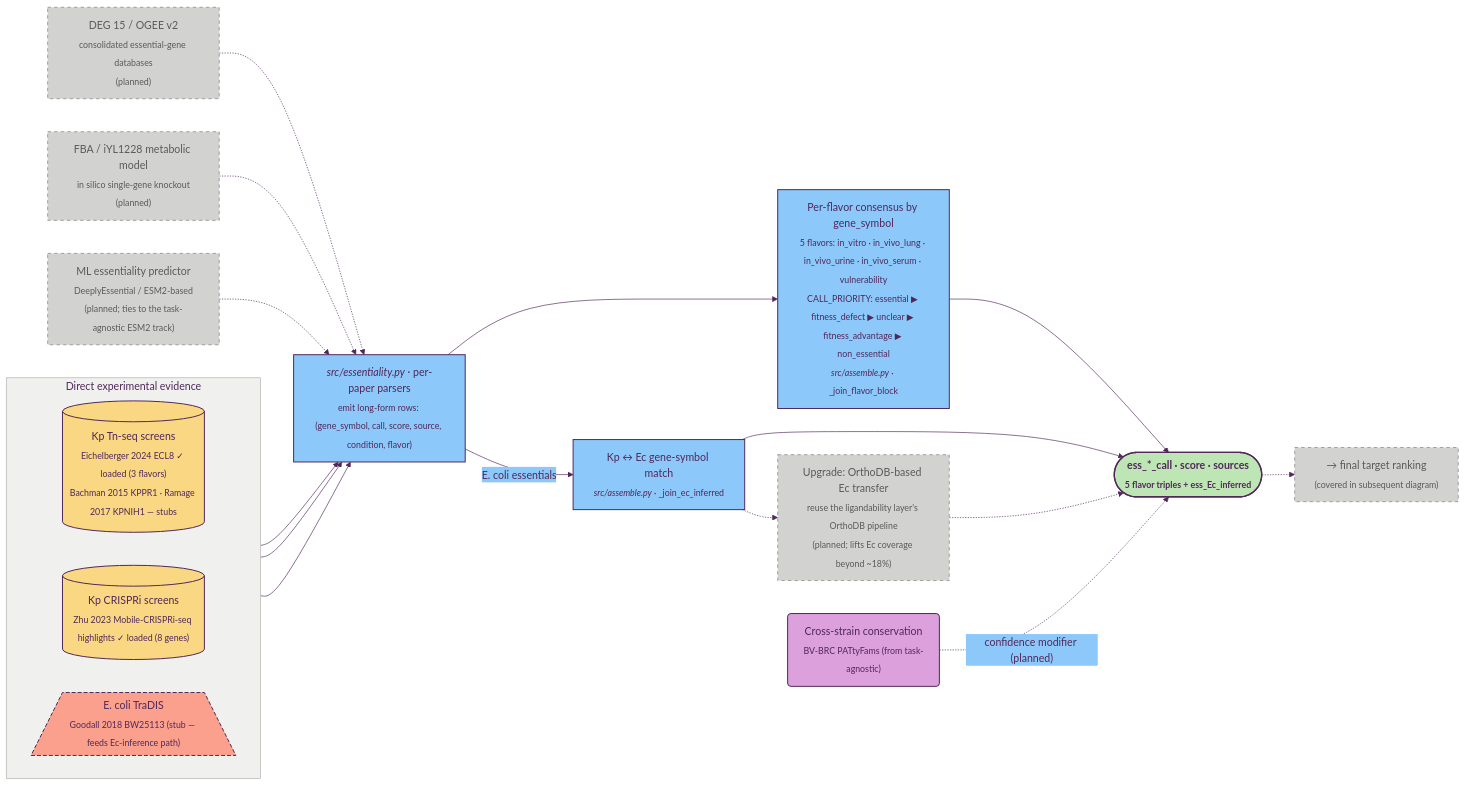
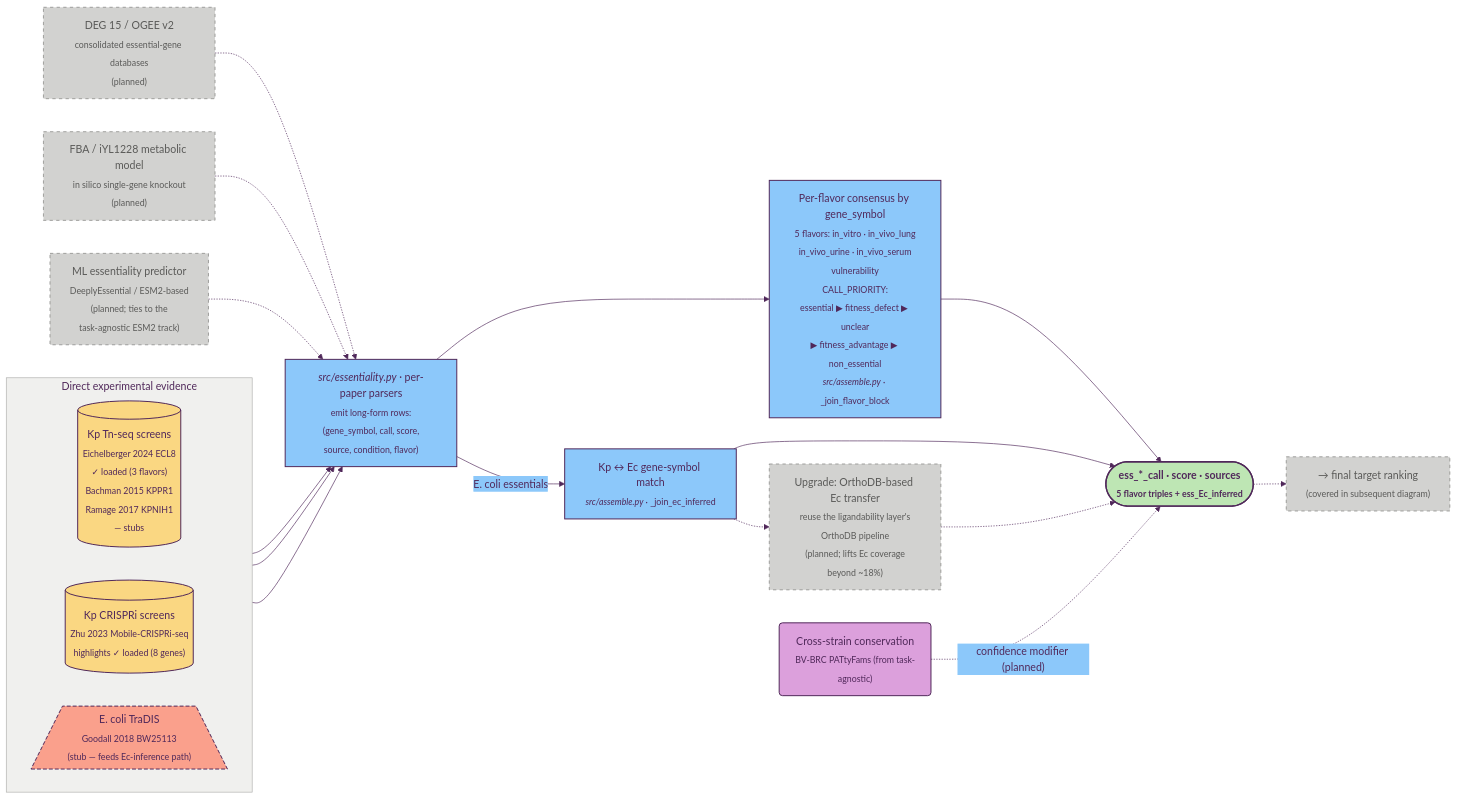
The diagram in docs/04_essentiality.md (ersilia-os/gradi-target-prioritization), drawn with Mermaid before and after one commit. The commit also changed 3 other files, not shown here.

Commit message:
diagramming

````diff
--- a/docs/04_essentiality.md
+++ b/docs/04_essentiality.md
@@ -15,44 +15,44 @@
 ```mermaid
 %%{init: {'theme':'base','themeVariables':{'primaryColor':'#FAD782','primaryBorderColor':'#50285A','primaryTextColor':'#50285A','lineColor':'#50285A','secondaryColor':'#8CC8FA','tertiaryColor':'#BEE6B4','clusterBkg':'#F0F0EE','clusterBorder':'#B0B0AE','titleColor':'#50285A','fontFamily':'Inter, system-ui, sans-serif'}}}%%
 flowchart LR
     classDef source    fill:#AA96FA,stroke:#50285A,stroke-width:1.5px,color:#1F0F2E
     classDef dataset   fill:#FAD782,stroke:#50285A,stroke-width:1.5px,color:#50285A
     classDef method    fill:#8CC8FA,stroke:#50285A,stroke-width:1.5px,color:#50285A
     classDef embedding fill:#AA96FA,stroke:#50285A,stroke-width:1.5px,color:#1F0F2E
     classDef result    fill:#BEE6B4,stroke:#50285A,stroke-width:2px,color:#50285A,font-weight:bold
     classDef tagnostic fill:#DCA0DC,stroke:#50285A,stroke-width:1.5px,color:#50285A
     classDef stub      fill:#FAA08C,stroke:#50285A,stroke-width:1.5px,stroke-dasharray:6 3,color:#50285A
     classDef planned   fill:#D2D2D0,stroke:#7A7A78,stroke-width:1px,stroke-dasharray:5 5,color:#5A5A58
 
     subgraph DIRECT [" Direct experimental evidence "]
         direction LR
-        TNS[("Kp Tn-seq screens<br/><sub>Eichelberger 2024 ECL8 ✓ loaded (3 flavors)</sub><br/><sub>Bachman 2015 KPPR1 · Ramage 2017 KPNIH1 — stubs</sub>")]:::dataset
-        CRI[("Kp CRISPRi screens<br/><sub>Zhu 2023 Mobile-CRISPRi-seq highlights ✓ loaded (8 genes)</sub>")]:::dataset
-        ECO[/"E. coli TraDIS<br/><sub>Goodall 2018 BW25113 (stub — feeds Ec-inference path)</sub>"\]:::stub
+        TNS[("Kp Tn-seq screens<br/><sub>Eichelberger 2024 ECL8<br/>✓ loaded (3 flavors)</sub><br/><sub>Bachman 2015 KPPR1<br/>Ramage 2017 KPNIH1<br/>— stubs</sub>")]:::dataset
+        CRI[("Kp CRISPRi screens<br/><sub>Zhu 2023 Mobile-CRISPRi-seq<br/>highlights ✓ loaded (8 genes)</sub>")]:::dataset
+        ECO[/"E. coli TraDIS<br/><sub>Goodall 2018 BW25113<br/>(stub — feeds Ec-inference path)</sub>"\]:::stub
     end
 
     DEG["DEG 15 / OGEE v2<br/><sub>consolidated essential-gene databases</sub><br/><sub>(planned)</sub>"]:::planned
     FBA["FBA / iYL1228 metabolic model<br/><sub>in silico single-gene knockout</sub><br/><sub>(planned)</sub>"]:::planned
-    ML["ML essentiality predictor<br/><sub>DeeplyEssential / ESM2-based</sub><br/><sub>(planned; ties to the task-agnostic ESM2 track)</sub>"]:::planned
+    ML["ML essentiality predictor<br/><sub>DeeplyEssential / ESM2-based</sub><br/><sub>(planned; ties to the<br/>task-agnostic ESM2 track)</sub>"]:::planned
 
-    TNS --> PARSE["<i>src/essentiality.py</i> · per-paper parsers<br/><sub>emit long-form rows: (gene_symbol, call, score, source, condition, flavor)</sub>"]:::method
+    TNS --> PARSE["<i>src/essentiality.py</i> · per-paper parsers<br/><sub>emit long-form rows:<br/>(gene_symbol, call, score,<br/>source, condition, flavor)</sub>"]:::method
     CRI --> PARSE
     ECO --> PARSE
     DEG -.-> PARSE
     FBA -.-> PARSE
     ML  -.-> PARSE
 
-    PARSE --> FLAV["Per-flavor consensus by gene_symbol<br/><sub>5 flavors: in_vitro · in_vivo_lung · in_vivo_urine · in_vivo_serum · vulnerability</sub><br/><sub>CALL_PRIORITY: essential ▶ fitness_defect ▶ unclear ▶ fitness_advantage ▶ non_essential</sub><br/><sub><i>src/assemble.py</i> · _join_flavor_block</sub>"]:::method
+    PARSE --> FLAV["Per-flavor consensus by gene_symbol<br/><sub>5 flavors: in_vitro · in_vivo_lung<br/>in_vivo_urine · in_vivo_serum<br/>vulnerability</sub><br/><sub>CALL_PRIORITY:<br/>essential ▶ fitness_defect ▶ unclear<br/>▶ fitness_advantage ▶ non_essential</sub><br/><sub><i>src/assemble.py</i> · _join_flavor_block</sub>"]:::method
 
     PARSE -->|"E. coli essentials"| ECINF["Kp ↔ Ec gene-symbol match<br/><sub><i>src/assemble.py</i> · _join_ec_inferred</sub>"]:::method
-    ECINF -.-> ORTHO_UP["Upgrade: OrthoDB-based Ec transfer<br/><sub>reuse the ligandability layer's OrthoDB pipeline</sub><br/><sub>(planned; lifts Ec coverage beyond ~18%)</sub>"]:::planned
+    ECINF -.-> ORTHO_UP["Upgrade: OrthoDB-based Ec transfer<br/><sub>reuse the ligandability layer's<br/>OrthoDB pipeline</sub><br/><sub>(planned; lifts Ec coverage<br/>beyond ~18%)</sub>"]:::planned
 
     CONS("Cross-strain conservation<br/><sub>BV-BRC PATtyFams (from task-agnostic)</sub>"):::tagnostic
 
     FLAV  --> OUT(["ess_*_call · score · sources<br/><sub>5 flavor triples + ess_Ec_inferred</sub>"]):::result
     ECINF --> OUT
     ORTHO_UP -.-> OUT
     CONS -.->|"confidence modifier (planned)"| OUT
 
     OUT -.-> NEXT["→ final target ranking<br/><sub>(covered in subsequent diagram)</sub>"]:::planned
 ```
````
